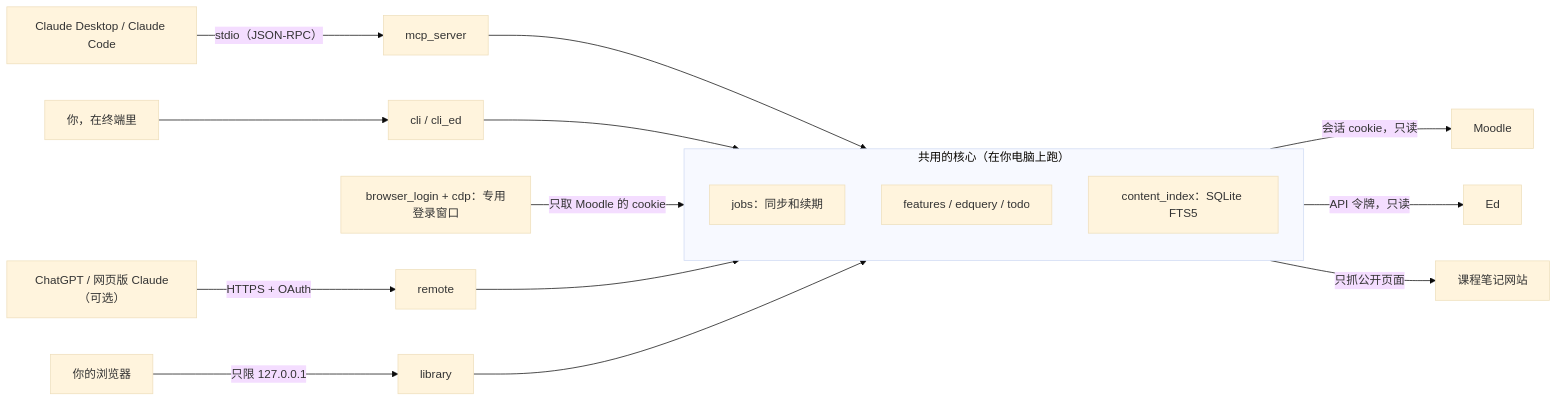
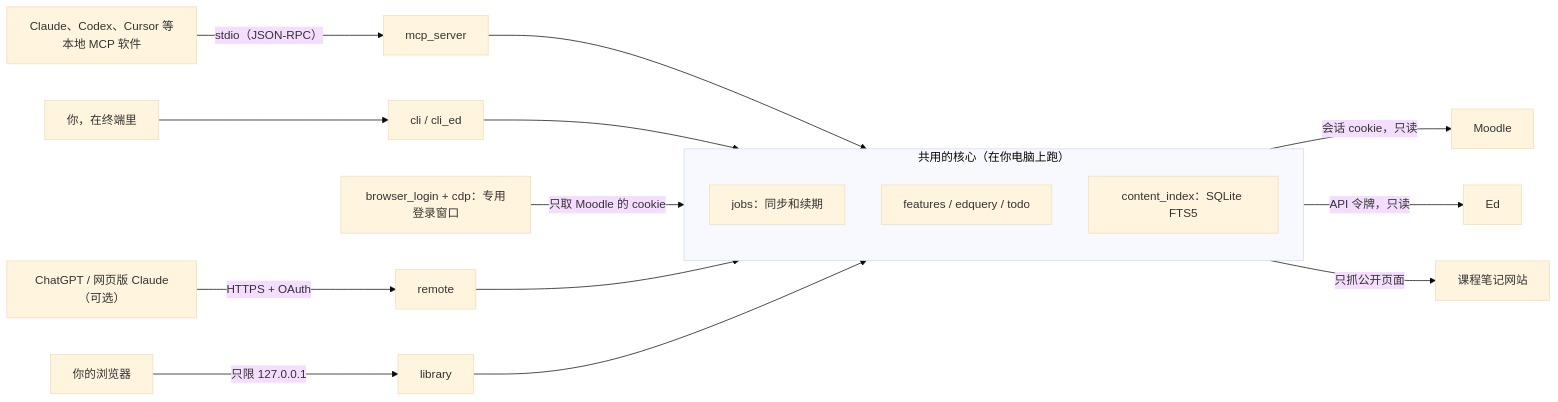
Before and after one commit to Waldo0926/monash-study-kit: the diagram in README.zh-CN.md, drawn with Mermaid (base theme). The commit also changed other lines of this file and 2 other files, not shown here.

First line of the commit message:
README: write it for any local MCP app, not only Claude (#24)

````diff
--- a/README.zh-CN.md
+++ b/README.zh-CN.md
@@ -421,20 +424,20 @@
 ```mermaid
 flowchart LR
-    Claude["Claude Desktop / Claude Code"] -- "stdio（JSON-RPC）" --> MCP["mcp_server"]
+    Claude["Claude、Codex、Cursor 等本地 MCP 软件"] -- "stdio（JSON-RPC）" --> MCP["mcp_server"]
     You["你，在终端里"] --> CLI["cli / cli_ed"]
     MCP --> Core
     CLI --> Core
     subgraph Core["共用的核心（在你电脑上跑）"]
         Jobs["jobs：同步和续期"]
         Query["features / edquery / todo"]
         Index["content_index：SQLite FTS5"]
     end
     Core -- "会话 cookie，只读" --> Moodle["Moodle"]
     Core -- "API 令牌，只读" --> Ed["Ed"]
     Core -- "只抓公开页面" --> Notes["课程笔记网站"]
     Login["browser_login + cdp：专用登录窗口"] -- "只取 Moodle 的 cookie" --> Core
     Web["ChatGPT / 网页版 Claude（可选）"] -- "HTTPS + OAuth" --> Remote["remote"]
     Remote --> Core
     Browser["你的浏览器"] -- "只限 127.0.0.1" --> Library["library"]
     Library --> Core
 ```
````
